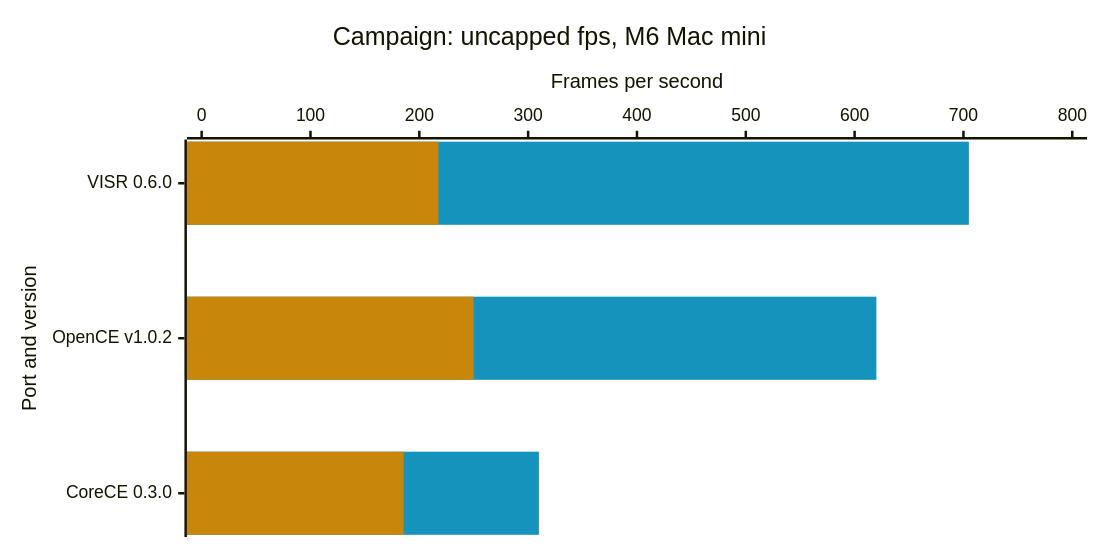
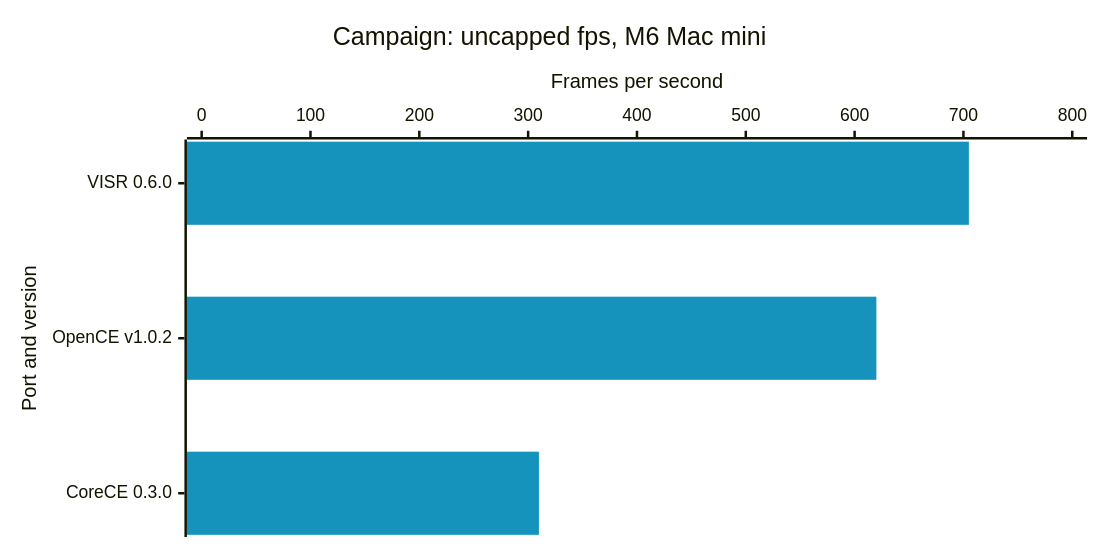
Before and after one commit to steverice/halo-ce-ios: the first of 3 diagrams in docs/benchmarks.md, drawn with Mermaid. The commit also changed other lines of this file and 15 other files, not shown here.

````diff
--- a/docs/benchmarks.md
+++ b/docs/benchmarks.md
@@ -17,17 +17,16 @@
 ```mermaid
 ---
 config:
   xyChart:
     width: 860
     height: 420
   themeVariables:
     xyChart:
       plotColorPalette: "#1593bd, #c8870a"
 ---
 xychart-beta horizontal
     title "Campaign: uncapped fps, M6 Mac mini"
     x-axis "Port and version" ["VISR 0.6.0", "OpenCE v1.0.2", "CoreCE 0.3.0"]
     y-axis "Frames per second" 0 --> 800
     bar [705, 620, 309.9]
-    bar [217.5, 249.8, 185.6]
 ```
````
